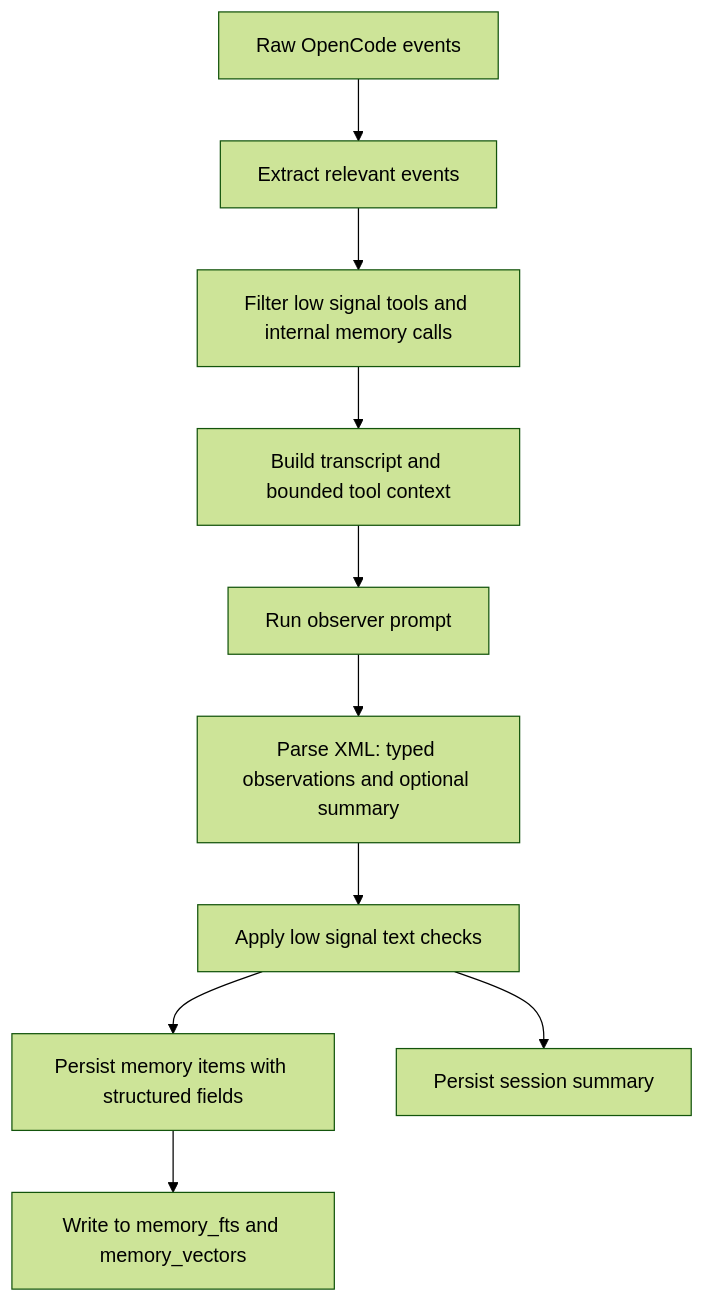
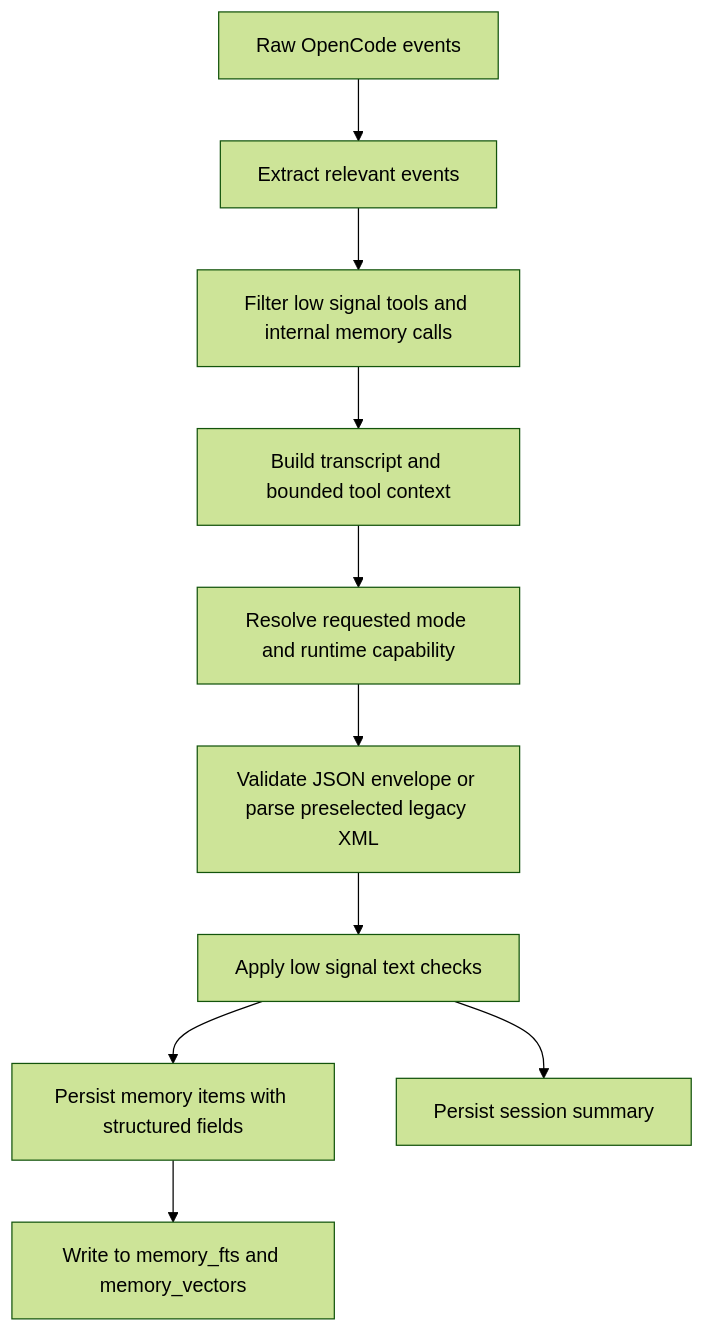
The fourth of 4 diagrams in docs/architecture.md (kunickiaj/codemem), drawn with Mermaid (forest theme) before and after one commit. The commit also changed other lines of this file and 11 other files, not shown here.

````diff
--- a/docs/architecture.md
+++ b/docs/architecture.md
@@ -339,12 +343,12 @@
 ```mermaid
 flowchart TD
 A["Raw OpenCode events"] --> B["Extract relevant events"]
 B --> C["Filter low signal tools and internal memory calls"]
 C --> D["Build transcript and bounded tool context"]
-D --> E["Run observer prompt"]
-E --> F["Parse XML: typed observations and optional summary"]
+D --> E["Resolve requested mode and runtime capability"]
+E --> F["Validate JSON envelope or parse preselected legacy XML"]
 F --> G["Apply low signal text checks"]
 G --> H["Persist memory items with structured fields"]
 G --> I["Persist session summary"]
 H --> J["Write to memory_fts and memory_vectors"]
 ```
````
